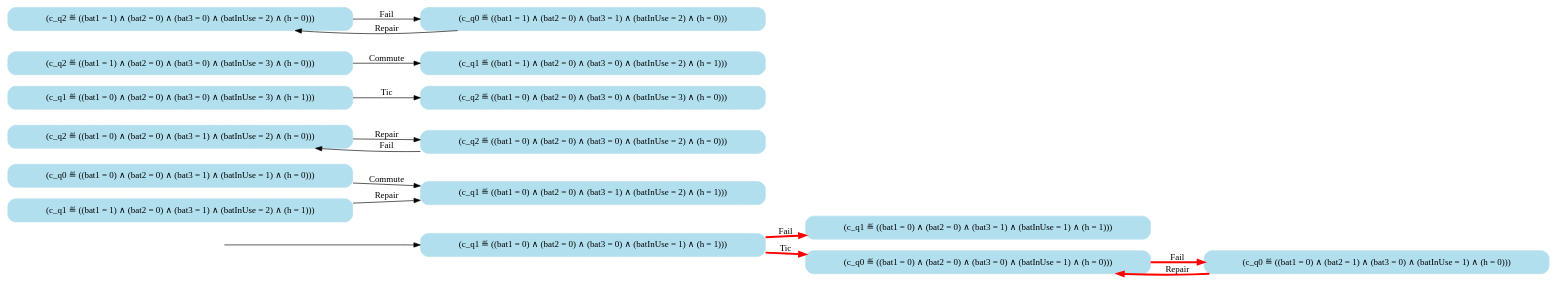
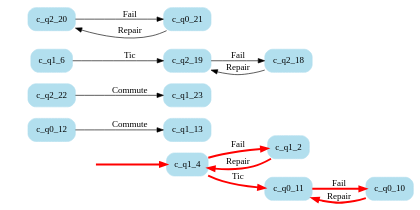
One commit to stratosphr/Stratest changed the diagram in resources/outputs/threeBatteries/1guard/eua0.dot. Above: the diagram before and after it, drawn with Graphviz. The commit also changed 141 other files, not shown here.

```diff
--- a/resources/outputs/threeBatteries/1guard/eua0.dot
+++ b/resources/outputs/threeBatteries/1guard/eua0.dot
@@ -1,39 +1,37 @@
 digraph G {
 
 	rankdir = LR;
 
-	start_c_q1_2[style=invisible];
+	start_c_q1_4[style=invisible];
 
 	node[shape=box, style="rounded, filled", color=lightblue2];
 
-	c_q0_12[label="(c_q0 ≝ ((bat1 = 0) ∧ (bat2 = 0) ∧ (bat3 = 1) ∧ (batInUse = 1) ∧ (h = 0)))"];
-	c_q1_13[label="(c_q1 ≝ ((bat1 = 0) ∧ (bat2 = 0) ∧ (bat3 = 1) ∧ (batInUse = 2) ∧ (h = 1)))"];
-	c_q2_22[label="(c_q2 ≝ ((bat1 = 0) ∧ (bat2 = 0) ∧ (bat3 = 1) ∧ (batInUse = 2) ∧ (h = 0)))"];
-	c_q1_3[label="(c_q1 ≝ ((bat1 = 0) ∧ (bat2 = 0) ∧ (bat3 = 1) ∧ (batInUse = 1) ∧ (h = 1)))"];
-	c_q1_6[label="(c_q1 ≝ ((bat1 = 0) ∧ (bat2 = 0) ∧ (bat3 = 0) ∧ (batInUse = 3) ∧ (h = 1)))"];
-	c_q2_7[label="(c_q2 ≝ ((bat1 = 0) ∧ (bat2 = 0) ∧ (bat3 = 0) ∧ (batInUse = 3) ∧ (h = 0)))"];
-	c_q0_10[label="(c_q0 ≝ ((bat1 = 0) ∧ (bat2 = 1) ∧ (bat3 = 0) ∧ (batInUse = 1) ∧ (h = 0)))"];
-	c_q2_18[label="(c_q2 ≝ ((bat1 = 1) ∧ (bat2 = 0) ∧ (bat3 = 0) ∧ (batInUse = 3) ∧ (h = 0)))"];
-	c_q2_16[label="(c_q2 ≝ ((bat1 = 1) ∧ (bat2 = 0) ∧ (bat3 = 0) ∧ (batInUse = 2) ∧ (h = 0)))"];
-	c_q1_19[label="(c_q1 ≝ ((bat1 = 1) ∧ (bat2 = 0) ∧ (bat3 = 0) ∧ (batInUse = 2) ∧ (h = 1)))"];
-	c_q0_17[label="(c_q0 ≝ ((bat1 = 1) ∧ (bat2 = 0) ∧ (bat3 = 1) ∧ (batInUse = 2) ∧ (h = 0)))"];
-	c_q1_4[label="(c_q1 ≝ ((bat1 = 1) ∧ (bat2 = 0) ∧ (bat3 = 1) ∧ (batInUse = 2) ∧ (h = 1)))"];
-	c_q0_11[label="(c_q0 ≝ ((bat1 = 0) ∧ (bat2 = 0) ∧ (bat3 = 0) ∧ (batInUse = 1) ∧ (h = 0)))"];
-	c_q2_23[label="(c_q2 ≝ ((bat1 = 0) ∧ (bat2 = 0) ∧ (bat3 = 0) ∧ (batInUse = 2) ∧ (h = 0)))"];
-	c_q1_2[label="(c_q1 ≝ ((bat1 = 0) ∧ (bat2 = 0) ∧ (bat3 = 0) ∧ (batInUse = 1) ∧ (h = 1)))"];
+	c_q0_12[label="c_q0_12"];
+	c_q1_13[label="c_q1_13"];
+	c_q2_22[label="c_q2_22"];
+	c_q1_6[label="c_q1_6"];
+	c_q1_23[label="c_q1_23"];
+	c_q1_2[label="c_q1_2"];
+	c_q2_19[label="c_q2_19"];
+	c_q0_10[label="c_q0_10"];
+	c_q2_18[label="c_q2_18"];
+	c_q2_20[label="c_q2_20"];
+	c_q0_21[label="c_q0_21"];
+	c_q0_11[label="c_q0_11"];
+	c_q1_4[label="c_q1_4"];
 
-	start_c_q1_2 -> c_q1_2;
-	c_q1_2 -> c_q0_11[label="Tic", penwidth=3, color=red];
-	c_q1_2 -> c_q1_3[label="Fail", penwidth=3, color=red];
-	c_q1_4 -> c_q1_13[label="Repair"];
-	c_q1_6 -> c_q2_7[label="Tic"];
+	start_c_q1_4 -> c_q1_4[penwidth=3, color=red];
+	c_q1_4 -> c_q1_2[label="Fail", penwidth=3, color=red];
+	c_q1_2 -> c_q1_4[label="Repair", penwidth=3, color=red];
+	c_q1_4 -> c_q0_11[label="Tic", penwidth=3, color=red];
+	c_q1_6 -> c_q2_19[label="Tic"];
 	c_q0_11 -> c_q0_10[label="Fail", penwidth=3, color=red];
 	c_q0_10 -> c_q0_11[label="Repair", penwidth=3, color=red];
 	c_q0_12 -> c_q1_13[label="Commute"];
-	c_q0_17 -> c_q2_16[label="Repair"];
-	c_q2_16 -> c_q0_17[label="Fail"];
-	c_q2_18 -> c_q1_19[label="Commute"];
-	c_q2_23 -> c_q2_22[label="Fail"];
-	c_q2_22 -> c_q2_23[label="Repair"];
+	c_q0_21 -> c_q2_20[label="Repair"];
+	c_q2_19 -> c_q2_18[label="Fail"];
+	c_q2_18 -> c_q2_19[label="Repair"];
+	c_q2_20 -> c_q0_21[label="Fail"];
+	c_q2_22 -> c_q1_23[label="Commute"];
 
 }
```
